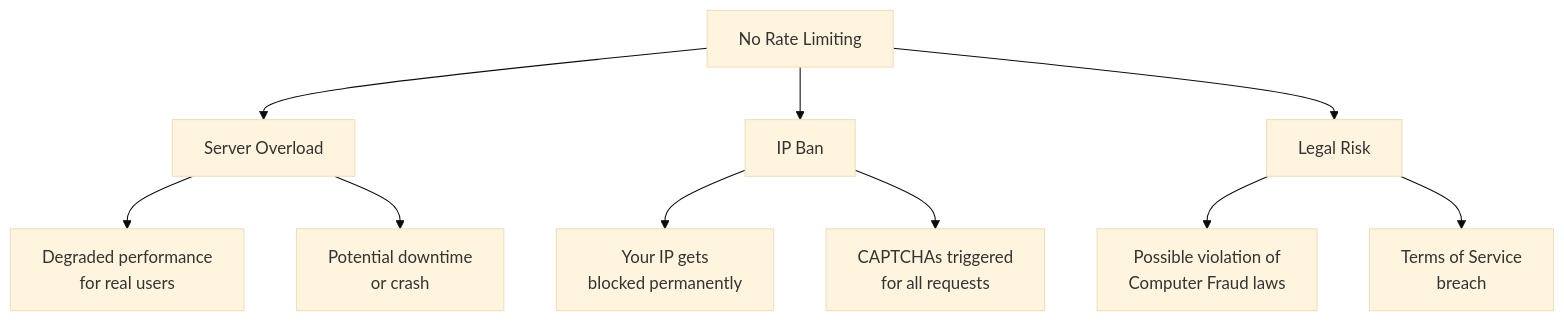
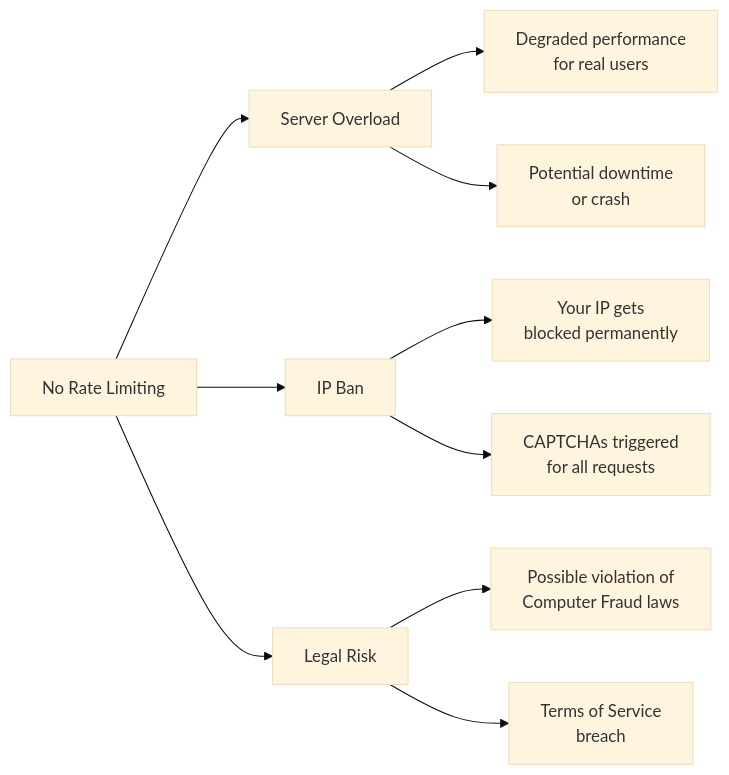
One commit to bytetunnels/bytetunnels.github.com changed the first of 4 diagrams in _posts/2026-02-19-how-to-configure-rate-limiting-user-agent-rotation-responsibly.md. Above: the diagram before and after it, drawn with Mermaid (base theme). The commit also changed other lines of this file and 118 other files, not shown here.

Commit message:
feat: improve diagram styling and compact wide flowcharts

````diff
--- a/_posts/2026-02-19-how-to-configure-rate-limiting-user-agent-rotation-responsibly.md
+++ b/_posts/2026-02-19-how-to-configure-rate-limiting-user-agent-rotation-responsibly.md
@@ -21,15 +21,15 @@
 ```mermaid
-flowchart TD
+flowchart LR
     A["No Rate Limiting"] --> B["Server Overload"]
     A --> C["IP Ban"]
     A --> D["Legal Risk"]
 
-    B --> B1["Degraded performance<br>for real users"]
-    B --> B2["Potential downtime<br>or crash"]
+    B --> B1["Degraded performance<br/>for real users"]
+    B --> B2["Potential downtime<br/>or crash"]
 
-    C --> C1["Your IP gets<br>blocked permanently"]
-    C --> C2["CAPTCHAs triggered<br>for all requests"]
+    C --> C1["Your IP gets<br/>blocked permanently"]
+    C --> C2["CAPTCHAs triggered<br/>for all requests"]
 
-    D --> D1["Possible violation of<br>Computer Fraud laws"]
-    D --> D2["Terms of Service<br>breach"]
+    D --> D1["Possible violation of<br/>Computer Fraud laws"]
+    D --> D2["Terms of Service<br/>breach"]
 ```
````
